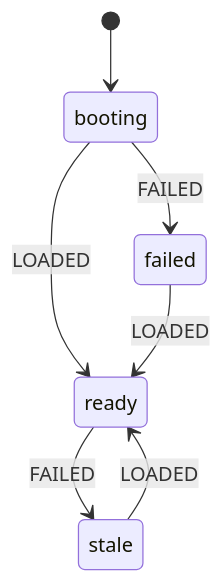
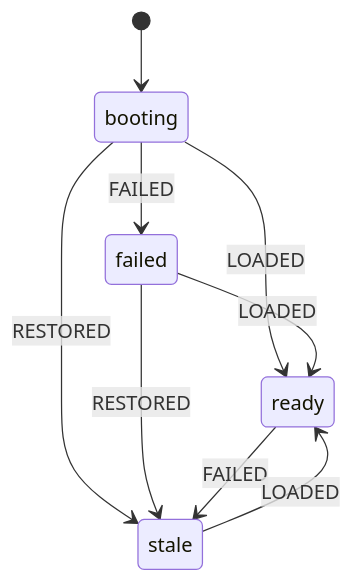
The diagram in HANDOFF.md (D1rtyChuy23/TimeClock), drawn with Mermaid before and after one commit. The commit also changed other lines of this file and 15 other files, not shown here.

````diff
--- a/HANDOFF.md
+++ b/HANDOFF.md
@@ -173,9 +179,11 @@
 ```mermaid
 stateDiagram-v2
   [*] --> booting
   booting --> ready: LOADED
   booting --> failed: FAILED
+  booting --> stale: RESTORED
+  failed --> stale: RESTORED
   failed --> ready: LOADED
   ready --> stale: FAILED
   stale --> ready: LOADED
 ```
````
